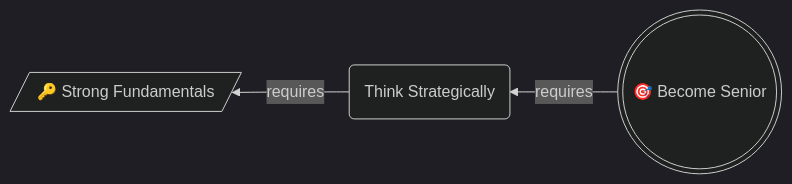
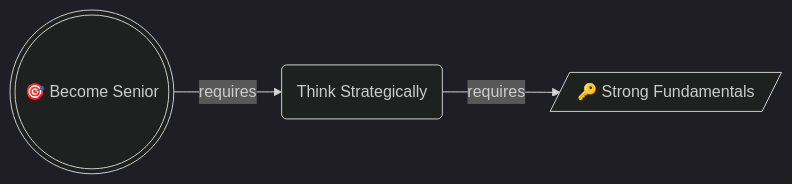
Before and after one commit to MacHu-GWU/shsk_mermaid_styles-project: the fourth of 6 diagrams in .claude/skills/mermaid-styles/skills/explainer-diagrams/ref/patterns/working-backwards-chain.md, drawn with Mermaid (dark theme). The commit also changed other lines of this file and 1 other file, not shown here.

````diff
--- a/.claude/skills/mermaid-styles/skills/explainer-diagrams/ref/patterns/working-backwards-chain.md
+++ b/.claude/skills/mermaid-styles/skills/explainer-diagrams/ref/patterns/working-backwards-chain.md
@@ -199,8 +213,8 @@
 ```mermaid
-flowchart RL
+flowchart LR
     G@{ shape: dbl-circ, label: "🎯 Become Senior" }
     A@{ shape: rounded, label: "Think Strategically" }
     B@{ shape: lean-r, label: "🔑 Strong Fundamentals" }
 
     G -->|requires| A -->|requires| B
 ```
````
